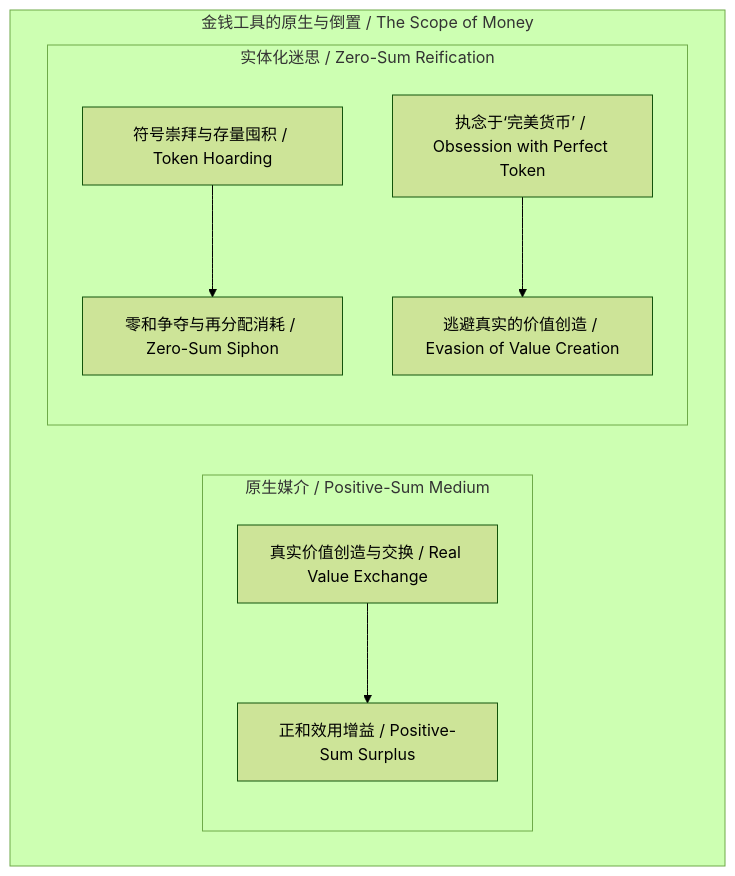
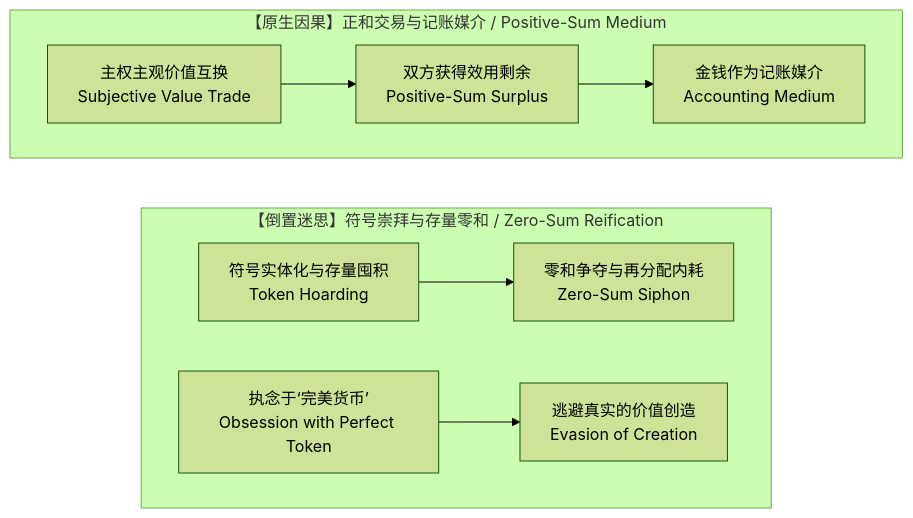
The fifth of 7 diagrams in content/posts/the-dissolution-of-the-great-reversal.md (powerpig99/not-a-toe), drawn with Mermaid (forest theme) before and after one commit. The commit also changed other lines of this file, not shown here.

Commit message:
Optimize Post #314 Mermaid diagrams: enforce strict vertical stacking and compact multiline labels

````diff
--- a/content/posts/the-dissolution-of-the-great-reversal.md
+++ b/content/posts/the-dissolution-of-the-great-reversal.md
@@ -114,12 +126,14 @@
 ```mermaid
 flowchart TB
-    subgraph MoneyFlow["金钱工具的原生与倒置 / The Scope of Money"]
-        subgraph NativeM["原生媒介 / Positive-Sum Medium"]
-            T1["真实价值创造与交换 / Real Value Exchange"] --> M0["正和效用增益 / Positive-Sum Surplus"]
-        end
-        subgraph ReifiedM["实体化迷思 / Zero-Sum Reification"]
-            C1["符号崇拜与存量囤积 / Token Hoarding"] --> Z1["零和争夺与再分配消耗 / Zero-Sum Siphon"]
-            C2["执念于‘完美货币’ / Obsession with Perfect Token"] --> Z2["逃避真实的价值创造 / Evasion of Value Creation"]
-        end
+    subgraph NativeM["【原生因果】正和交易与记账媒介 / Positive-Sum Medium"]
+        T1["主权主观价值互换<br/>Subjective Value Trade"] --> M0["双方获得效用剩余<br/>Positive-Sum Surplus"]
+        M0 --> Med["金钱作为记账媒介<br/>Accounting Medium"]
+    end
+
+    NativeM ~~~ ReifiedM
+
+    subgraph ReifiedM["【倒置迷思】符号崇拜与存量零和 / Zero-Sum Reification"]
+        C1["符号实体化与存量囤积<br/>Token Hoarding"] --> Z1["零和争夺与再分配内耗<br/>Zero-Sum Siphon"]
+        C2["执念于‘完美货币’<br/>Obsession with Perfect Token"] --> Z2["逃避真实的价值创造<br/>Evasion of Creation"]
     end
 ```
````
